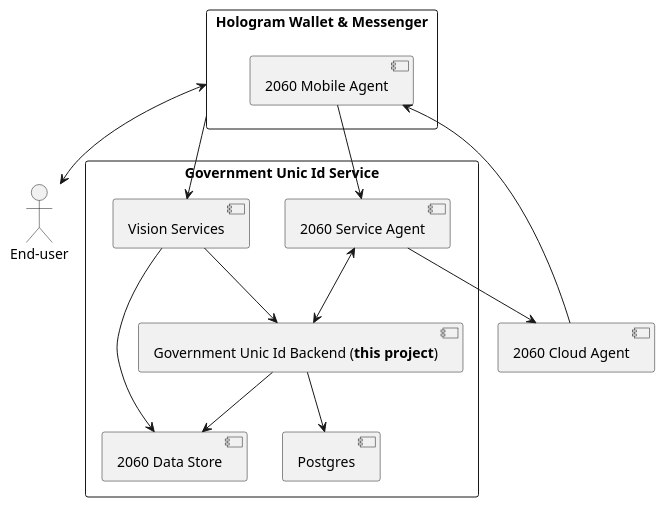
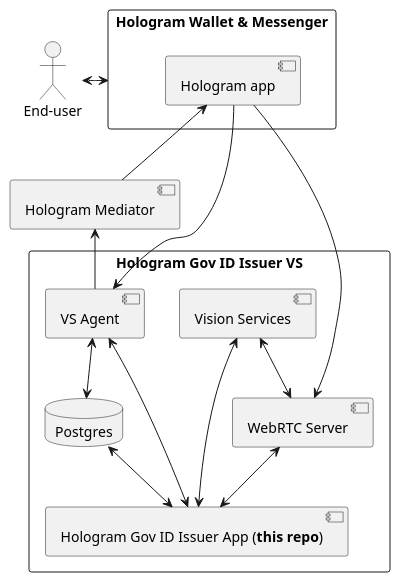
Before and after one commit to 2060-io/hologram-gov-id-issuer-vs: the diagram in arch.puml, drawn with PlantUML. The commit also changed 24 other files, not shown here.

First line of the commit message:
docs: update README with architecture and demo links (#72)

```diff
--- a/arch.puml
+++ b/arch.puml
@@ -1,31 +1,32 @@
 @startuml
 
-actor "End-user" as Enduser
+actor "End-user" as Enduser
 
-[2060 Cloud Agent] as CA
+[Hologram Mediator] as CA
 
 rectangle "Hologram Wallet & Messenger" as App {
-  [2060 Mobile Agent] as MA
+  [Hologram app] as MA
 }
 
 
-rectangle "Government Unic Id Service" {
-    [2060 Service Agent] as VS
-    [2060 Data Store] as DS
-    [Postgres] as PS
-    [Government Unic Id Backend (**this project**)] as GAIA
+rectangle "Hologram Gov ID Issuer VS" {
+    [VS Agent] as VS
+    [WebRTC Server] as WebRTC
+    database Postgres as PS
+    [Hologram Gov ID Issuer App (**this repo**)] as GAIA
     [Vision Services] as VISION
 }
 
+Enduser <-> App
 MA --> VS
-App --> VISION
-VISION --> GAIA
-VISION --> DS
-GAIA --> DS
-App <--> Enduser
+MA <-- CA
+CA <-- VS
+MA --> WebRTC
+VISION <--> GAIA
+VISION <--> WebRTC
+WebRTC <--> GAIA
 VS <--> GAIA
-VS --> CA
-MA <-- CA
-GAIA --> PS
+VS <--> PS
+PS <--> GAIA
 
 @enduml
```
